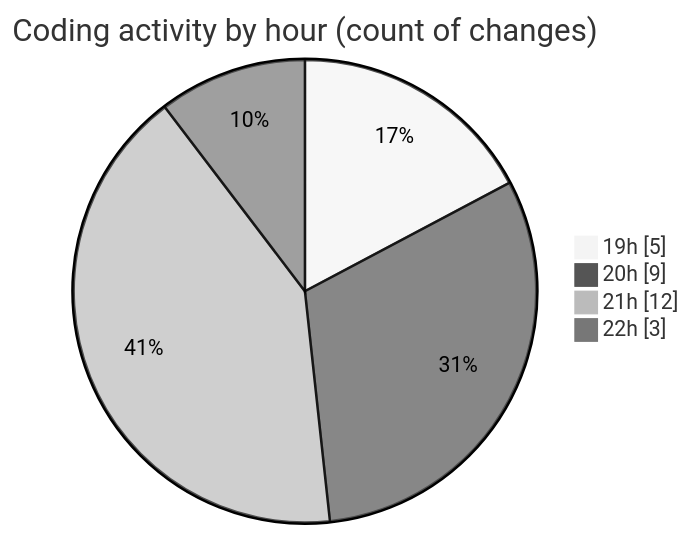
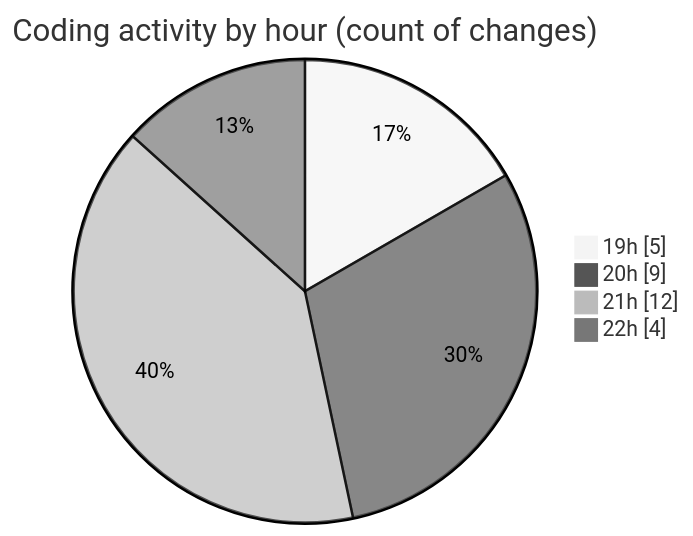
The second of 2 diagrams in 2025-02-19/micros/README.md (charlie-sans/code-tracking), drawn with Mermaid (neutral theme) before and after one commit. The commit also changed other lines of this file and 1 other file, not shown here.

````diff
--- a/2025-02-19/micros/README.md
+++ b/2025-02-19/micros/README.md
@@ -41,8 +41,8 @@
 ```mermaid
 pie showData
 title Coding activity by hour (count of changes)
 "19h" : 5
 "20h" : 9
 "21h" : 12
-"22h" : 3
+"22h" : 4
 ```
````
